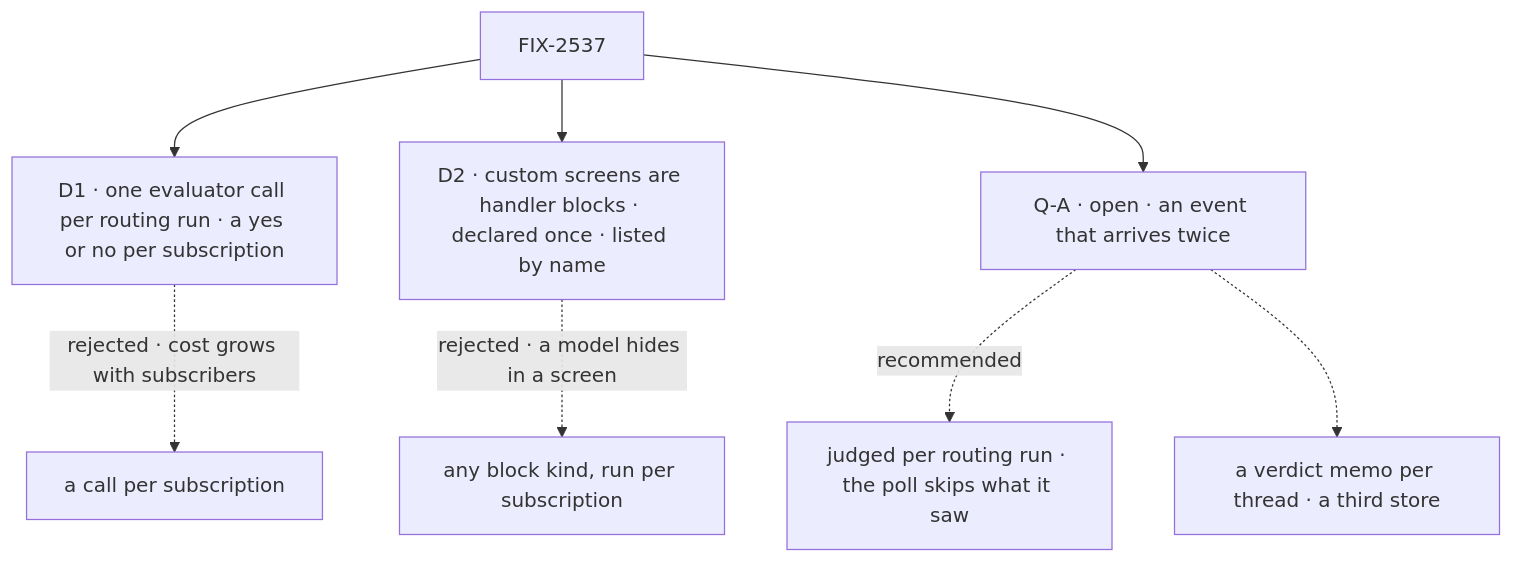
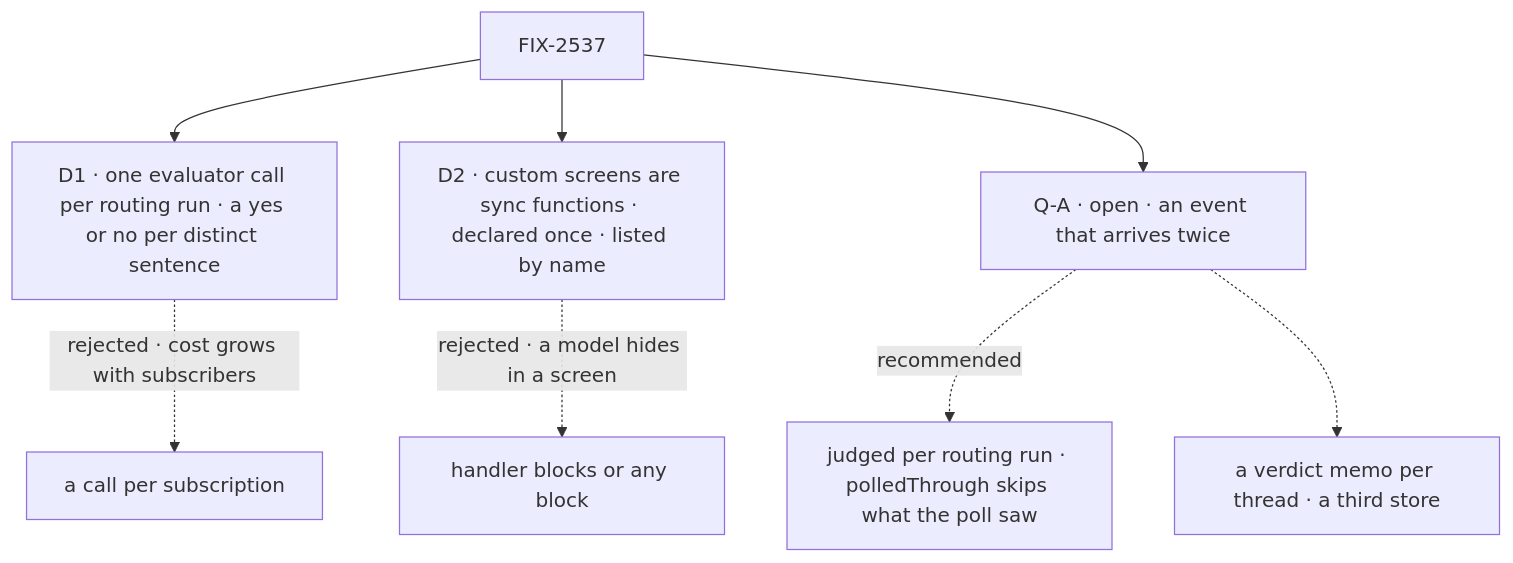
The diagram in specs/issues/FIX-2537/DECISIONS.md (fixpoint-labs/flow-state-dev), drawn with Mermaid before and after one commit. The commit also changed other lines of this file and 5 other files, not shown here.

````diff
--- a/specs/issues/FIX-2537/DECISIONS.md
+++ b/specs/issues/FIX-2537/DECISIONS.md
@@ -10,10 +9,10 @@
 ```mermaid
 flowchart TD
-  I["FIX-2537"] --> D1["D1 · one evaluator call per routing run · a yes or no per subscription"]
+  I["FIX-2537"] --> D1["D1 · one evaluator call per routing run · a yes or no per distinct sentence"]
   D1 -.->|"rejected · cost grows with subscribers"| X1["a call per subscription"]
-  I --> D2["D2 · custom screens are handler blocks · declared once · listed by name"]
-  D2 -.->|"rejected · a model hides in a screen"| X2["any block kind, run per subscription"]
+  I --> D2["D2 · custom screens are sync functions · declared once · listed by name"]
+  D2 -.->|"rejected · a model hides in a screen"| X2["handler blocks or any block"]
   I --> QA["Q-A · open · an event that arrives twice"]
-  QA -.->|"recommended"| QA1["judged per routing run · the poll skips what it saw"]
+  QA -.->|"recommended"| QA1["judged per routing run · polledThrough skips what the poll saw"]
   QA -.-> QA2["a verdict memo per thread · a third store"]
 ```
````
